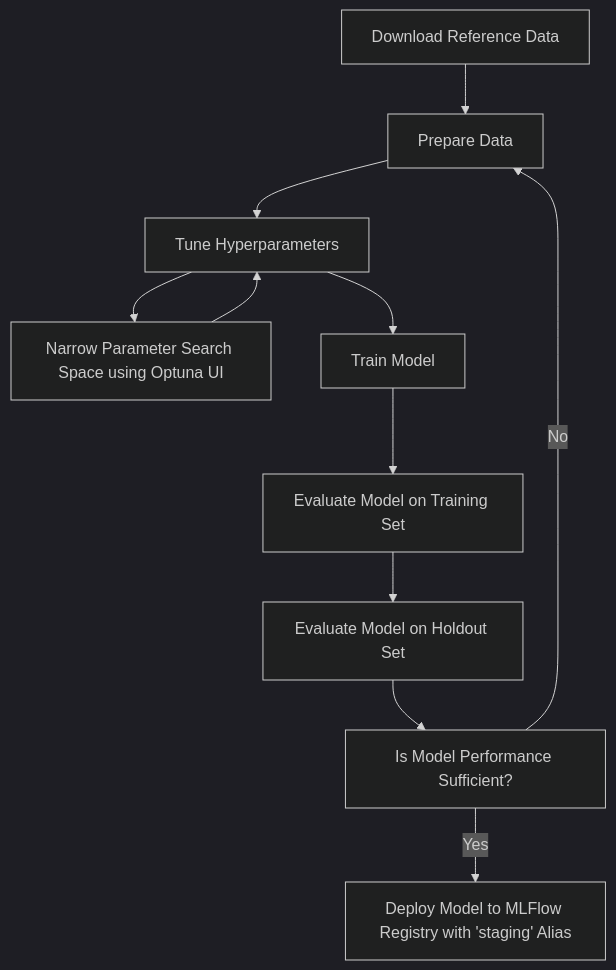
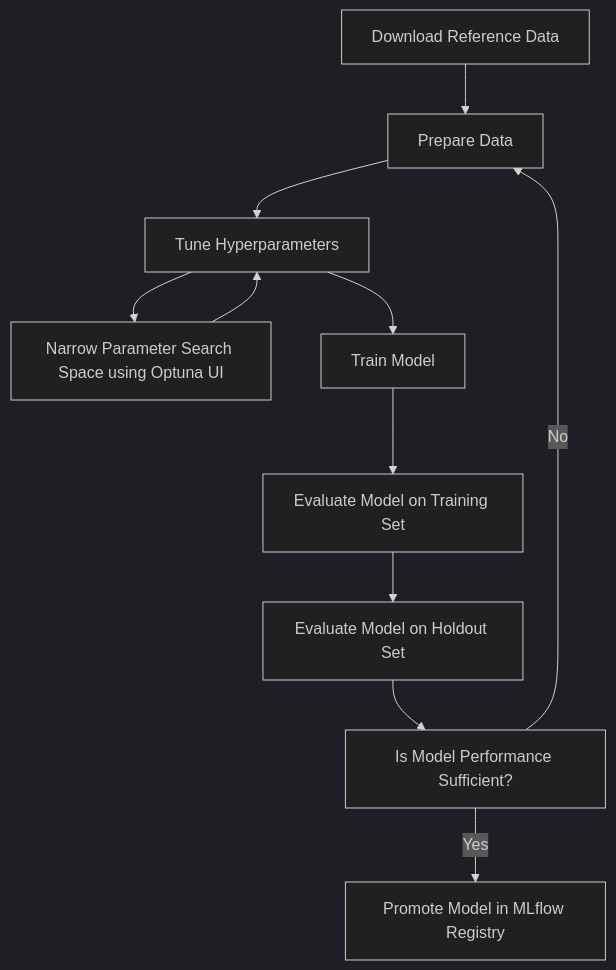
The first of 3 diagrams in README.md (paultongyoo/churn-model-evaluation-platform), drawn with Mermaid (dark theme) before and after one commit. The commit also changed other lines of this file, not shown here.

````diff
--- a/README.md
+++ b/README.md
@@ -70,16 +70,16 @@
 ```mermaid
 flowchart TD
     A[Download Reference Data]
     B[Prepare Data]
     C[Tune Hyperparameters]
     D[Narrow Parameter Search Space using Optuna UI]
     E[Train Model]
     F[Evaluate Model on Training Set]
     G[Evaluate Model on Holdout Set]
     H[Is Model Performance Sufficient?]
-    I[Deploy Model to MLFlow Registry with 'staging' Alias]
+    I[Promote Model in MLflow Registry]
     A --> B --> C --> E --> F --> G --> H;
     C --> D --> C;
     H --> |Yes| I;
     H --> |No| B;
 ```
````
